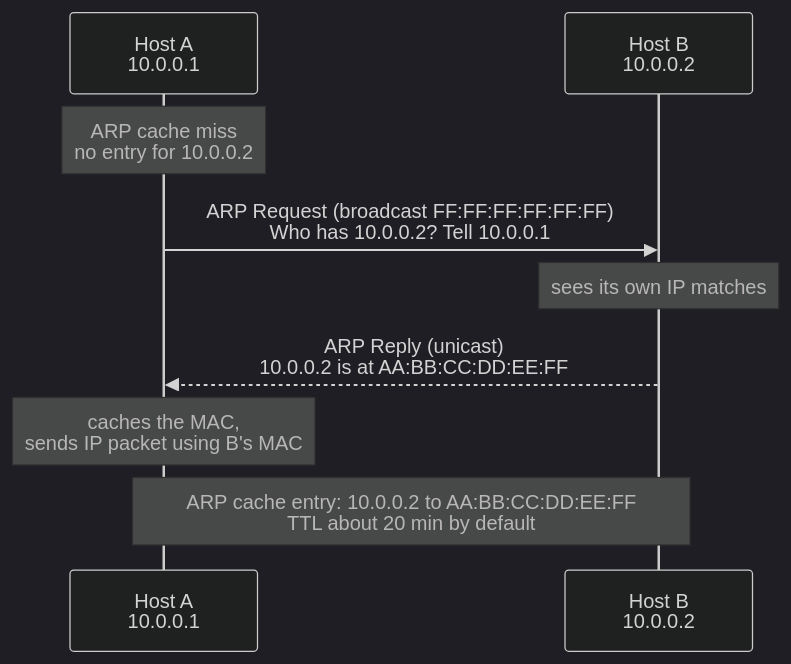
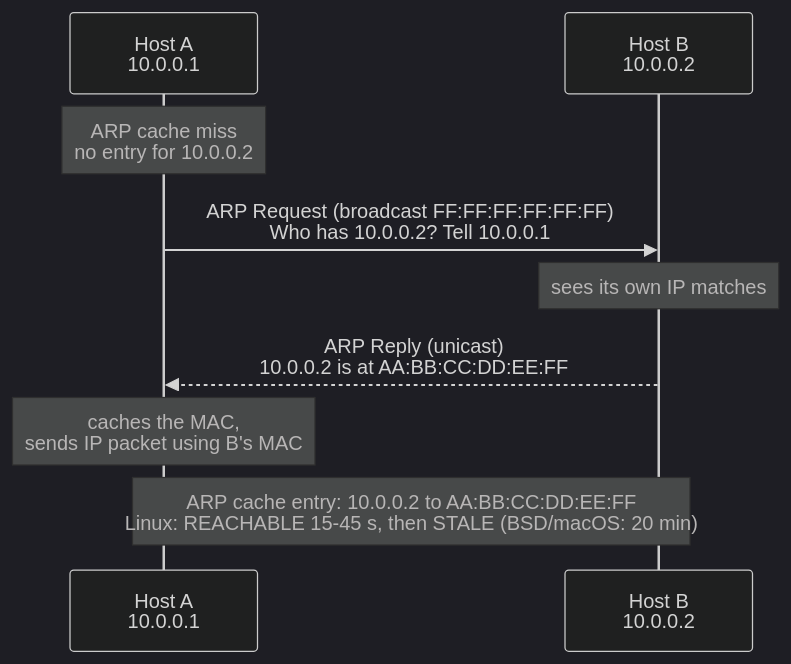
Before and after one commit to rppol/system-design: the second of 7 diagrams in src/main/java/com/rutik/systemdesign/backend/osi_model_and_networking/osi_model_and_networking.md, drawn with Mermaid (dark theme). The commit also changed other lines of this file and 655 other files, not shown here.

````diff
--- a/src/main/java/com/rutik/systemdesign/backend/osi_model_and_networking/osi_model_and_networking.md
+++ b/src/main/java/com/rutik/systemdesign/backend/osi_model_and_networking/osi_model_and_networking.md
@@ -109,12 +109,12 @@
 ```mermaid
 sequenceDiagram
     participant A as Host A<br/>10.0.0.1
     participant B as Host B<br/>10.0.0.2
 
     Note over A: ARP cache miss<br/>no entry for 10.0.0.2
     A->>B: ARP Request (broadcast FF:FF:FF:FF:FF:FF)<br/>Who has 10.0.0.2? Tell 10.0.0.1
     Note over B: sees its own IP matches
     B-->>A: ARP Reply (unicast)<br/>10.0.0.2 is at AA:BB:CC:DD:EE:FF
     Note over A: caches the MAC,<br/>sends IP packet using B's MAC
-    Note over A,B: ARP cache entry: 10.0.0.2 to AA:BB:CC:DD:EE:FF<br/>TTL about 20 min by default
+    Note over A,B: ARP cache entry: 10.0.0.2 to AA:BB:CC:DD:EE:FF<br/>Linux: REACHABLE 15-45 s, then STALE (BSD/macOS: 20 min)
 ```
````
